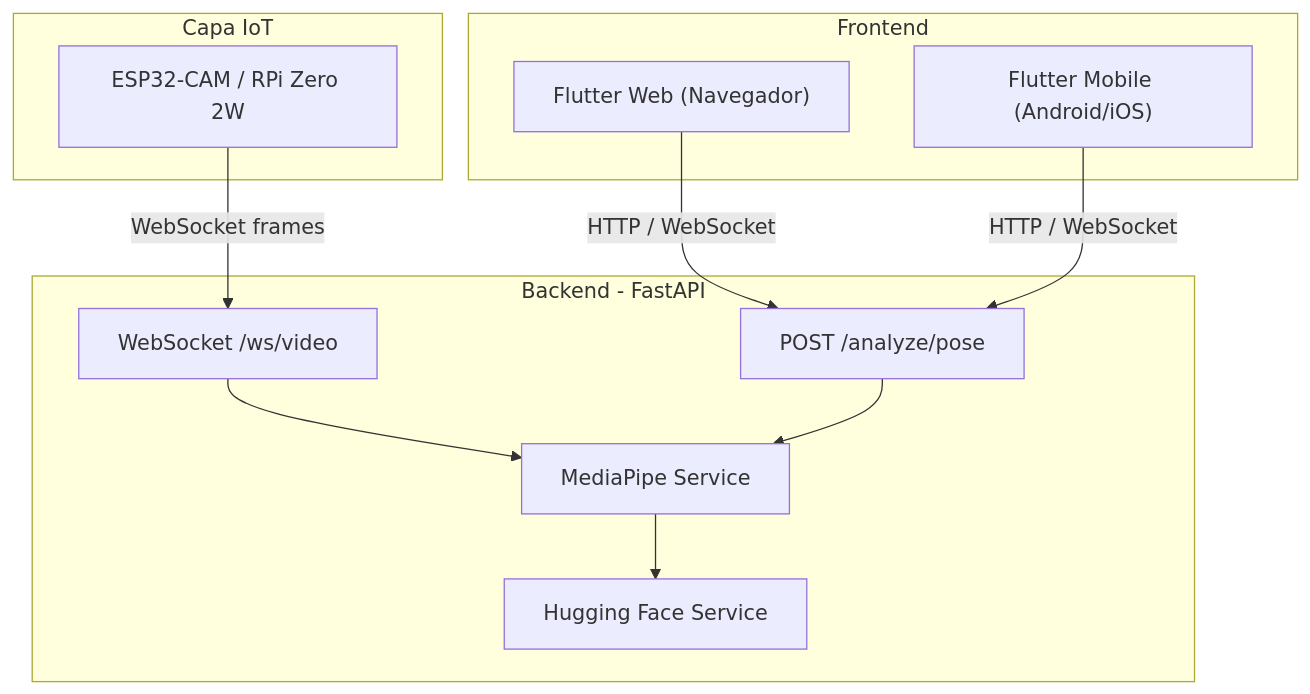
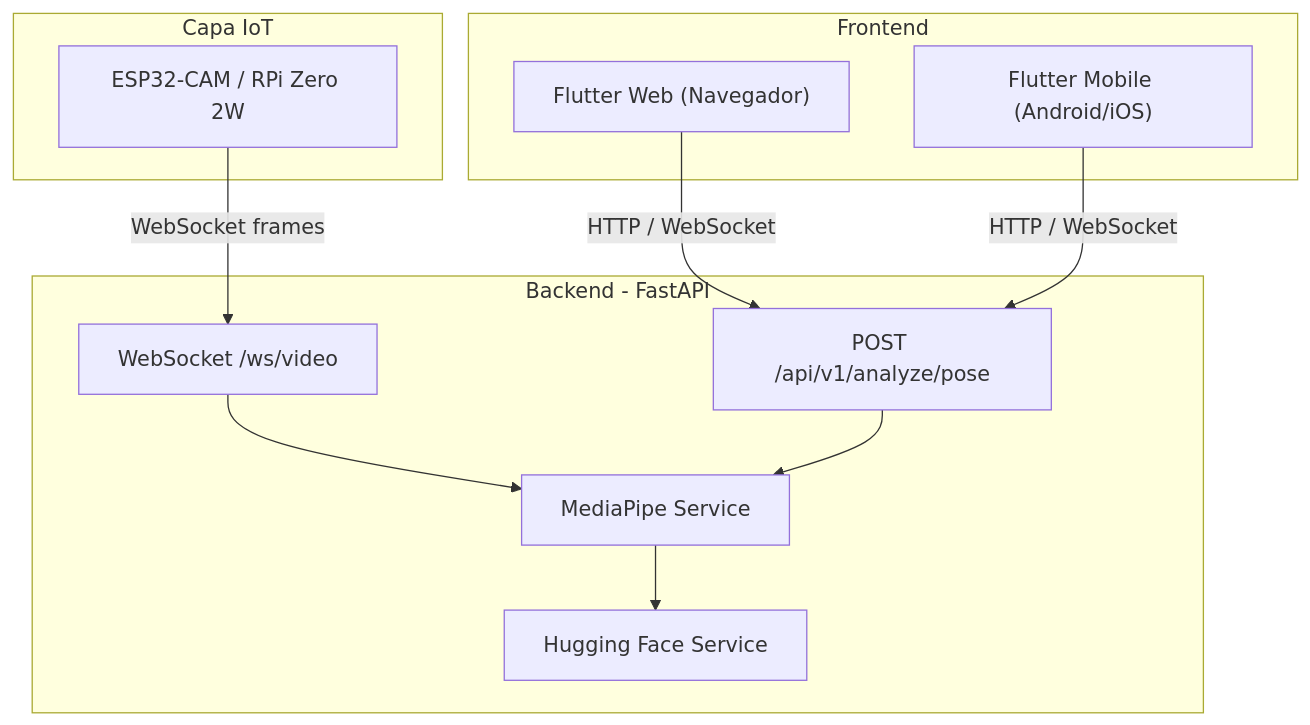
One commit to MLToroDev/bio-motion-evaluator changed the diagram in docs/arquitectura.md. Above: the diagram before and after it, drawn with Mermaid. The commit also changed other lines of this file and 66 other files, not shown here.

````diff
--- a/docs/arquitectura.md
+++ b/docs/arquitectura.md
@@ -13,23 +13,23 @@
 ```mermaid
 flowchart TD
     subgraph iotLayer [Capa IoT]
         ESP32["ESP32-CAM / RPi Zero 2W"]
     end
     subgraph frontendLayer [Frontend]
         FlutterWeb["Flutter Web (Navegador)"]
         FlutterMobile["Flutter Mobile (Android/iOS)"]
     end
     subgraph backendLayer [Backend - FastAPI]
         WS["WebSocket /ws/video"]
-        PoseAPI["POST /analyze/pose"]
+        PoseAPI["POST /api/v1/analyze/pose"]
         MediaPipeService["MediaPipe Service"]
         HFService["Hugging Face Service"]
     end
 
     ESP32 -->|"WebSocket frames"| WS
     FlutterWeb -->|"HTTP / WebSocket"| PoseAPI
     FlutterMobile -->|"HTTP / WebSocket"| PoseAPI
     WS --> MediaPipeService
     PoseAPI --> MediaPipeService
     MediaPipeService --> HFService
 ```
````
